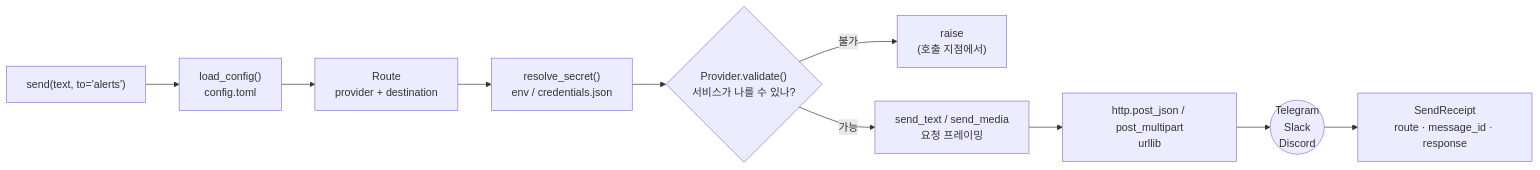
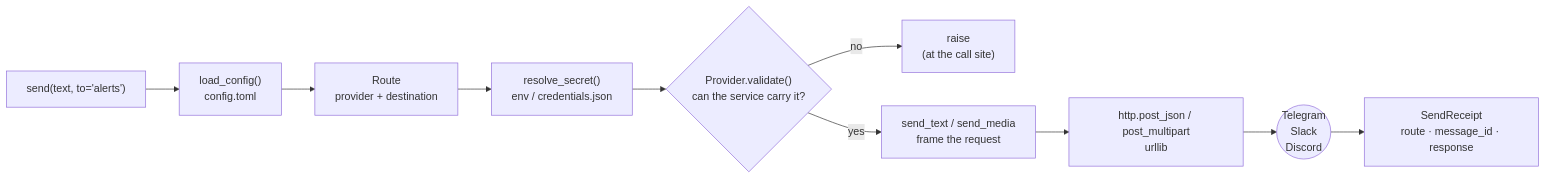
Before and after one commit to seokhoonj/pushpush: the first of 2 diagrams in README.md, drawn with Mermaid. The commit also changed other lines of this file and 2 other files, not shown here.

````diff
--- a/README.md
+++ b/README.md
@@ -23,12 +27,12 @@
 ```mermaid
 flowchart LR
     caller["send(text, to='alerts')"] --> cfg["load_config()<br/>config.toml"]
     cfg --> route["Route<br/>provider + destination"]
     route --> secret["resolve_secret()<br/>env / credentials.json"]
-    secret --> validate{"Provider.validate()<br/>서비스가 나를 수 있나?"}
-    validate -->|"불가"| refuse["raise<br/>(호출 지점에서)"]
-    validate -->|"가능"| frame["send_text / send_media<br/>요청 프레이밍"]
+    secret --> validate{"Provider.validate()<br/>can the service carry it?"}
+    validate -->|"no"| refuse["raise<br/>(at the call site)"]
+    validate -->|"yes"| frame["send_text / send_media<br/>frame the request"]
     frame --> http["http.post_json / post_multipart<br/>urllib"]
     http --> service(("Telegram<br/>Slack<br/>Discord"))
     service --> receipt["SendReceipt<br/>route · message_id · response"]
 ```
````
